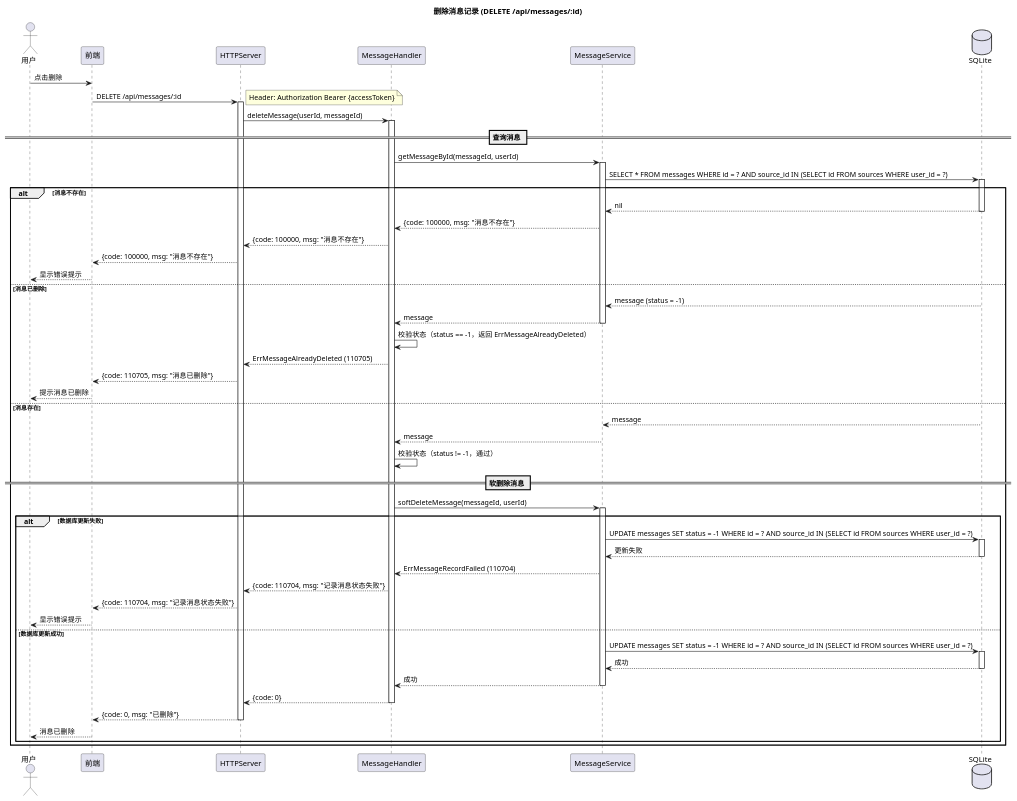
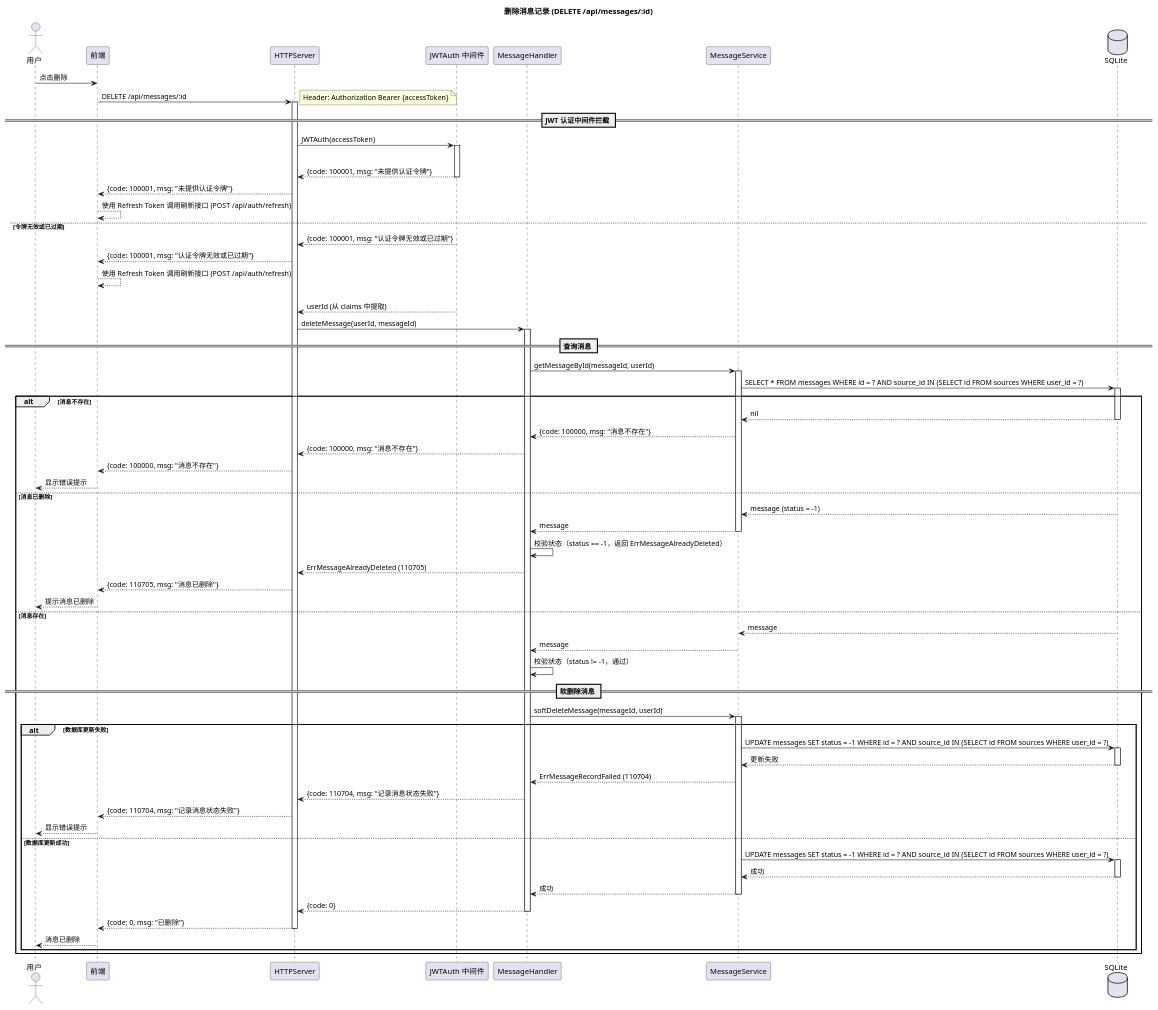
One commit to loommii/OctoTify changed the diagram in docs/uml/02-sequence/04-04-delete-message.puml. Above: the diagram before and after it, drawn with PlantUML. The commit also changed 20 other files, not shown here.

First line of the commit message:
📝 docs(uml): 为消息模块时序图添加 JWT 认证流程

```diff
--- a/docs/uml/02-sequence/04-04-delete-message.puml
+++ b/docs/uml/02-sequence/04-04-delete-message.puml
@@ -1,81 +1,101 @@
 @startuml OctoTify_Sequence_DeleteMessage
 
 skinparam sequenceStyle svg
 skinparam linetype ortho
 
 title 删除消息记录 (DELETE /api/messages/:id)
 
 actor "用户" as User
 participant "前端" as Frontend
 participant "HTTPServer" as Server
+participant "JWTAuth 中间件" as JWT
 participant "MessageHandler" as Handler
 participant "MessageService" as Service
 database "SQLite" as DB
 
 User -> Frontend: 点击删除
 Frontend -> Server: DELETE /api/messages/:id
 note right: Header: Authorization Bearer {accessToken}
 activate Server
-Server -> Handler: deleteMessage(userId, messageId)
-activate Handler
+
+== JWT 认证中间件拦截 ==
+
+Server -> JWT: JWTAuth(accessToken)
+activate JWT
+
+alt 未提供认证令牌
+    JWT --> Server: {code: 100001, msg: "未提供认证令牌"}
+    deactivate JWT
+    Server --> Frontend: {code: 100001, msg: "未提供认证令牌"}
+    Frontend --> Frontend: 使用 Refresh Token 调用刷新接口 (POST /api/auth/refresh)
+else 令牌无效或已过期
+    JWT --> Server: {code: 100001, msg: "认证令牌无效或已过期"}
+    deactivate JWT
+    Server --> Frontend: {code: 100001, msg: "认证令牌无效或已过期"}
+    Frontend --> Frontend: 使用 Refresh Token 调用刷新接口 (POST /api/auth/refresh)
+else 令牌有效
+    JWT --> Server: userId (从 claims 中提取)
+    deactivate JWT
+    Server -> Handler: deleteMessage(userId, messageId)
+    activate Handler
 
 == 查询消息 ==
 
 Handler -> Service: getMessageById(messageId, userId)
 activate Service
 Service -> DB: SELECT * FROM messages WHERE id = ? AND source_id IN (SELECT id FROM sources WHERE user_id = ?)
 activate DB
 
 alt 消息不存在
     DB --> Service: nil
     deactivate DB
     Service --> Handler: {code: 100000, msg: "消息不存在"}
     Handler --> Server: {code: 100000, msg: "消息不存在"}
     Server --> Frontend: {code: 100000, msg: "消息不存在"}
     Frontend --> User: 显示错误提示
 else 消息已删除
     DB --> Service: message (status = -1)
     deactivate DB
     Service --> Handler: message
     deactivate Service
     Handler -> Handler: 校验状态（status == -1，返回 ErrMessageAlreadyDeleted）
     Handler --> Server: ErrMessageAlreadyDeleted (110705)
     Server --> Frontend: {code: 110705, msg: "消息已删除"}
     Frontend --> User: 提示消息已删除
 else 消息存在
     DB --> Service: message
     deactivate DB
     Service --> Handler: message
     deactivate Service
     Handler -> Handler: 校验状态（status != -1，通过）
 
     == 软删除消息 ==
 
     Handler -> Service: softDeleteMessage(messageId, userId)
     activate Service
 
     alt 数据库更新失败
         Service -> DB: UPDATE messages SET status = -1 WHERE id = ? AND source_id IN (SELECT id FROM sources WHERE user_id = ?)
         activate DB
         DB --> Service: 更新失败
         deactivate DB
         Service --> Handler: ErrMessageRecordFailed (110704)
         Handler --> Server: {code: 110704, msg: "记录消息状态失败"}
         Server --> Frontend: {code: 110704, msg: "记录消息状态失败"}
         Frontend --> User: 显示错误提示
     else 数据库更新成功
         Service -> DB: UPDATE messages SET status = -1 WHERE id = ? AND source_id IN (SELECT id FROM sources WHERE user_id = ?)
         activate DB
         DB --> Service: 成功
         deactivate DB
         Service --> Handler: 成功
         deactivate Service
         Handler --> Server: {code: 0}
         deactivate Handler
         Server --> Frontend: {code: 0, msg: "已删除"}
         deactivate Server
         Frontend --> User: 消息已删除
     end
 end
 
 @enduml
```
